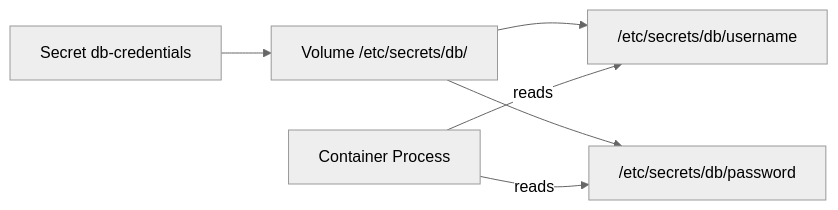
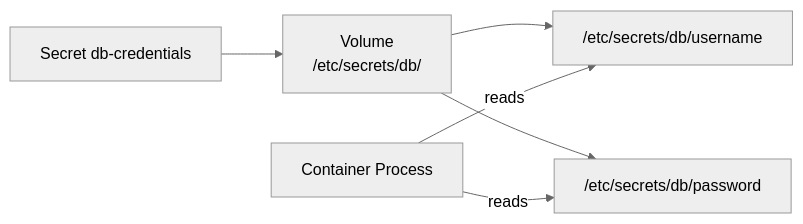
The third of 7 diagrams in 09_security/04_secrets_management.md (UncleJS/course_k3s), drawn with Mermaid (neutral theme) before and after one commit. The commit also changed other lines of this file and 45 other files, not shown here.

First line of the commit message:
Expand all course lessons: Mermaid diagrams + rich prose across 43 files

````diff
--- a/09_security/04_secrets_management.md
+++ b/09_security/04_secrets_management.md
@@ -229,8 +236,14 @@
 ```mermaid
 flowchart LR
-    S[Secret db-credentials] --> V[Volume /etc/secrets/db/]
-    V --> F1["/etc/secrets/db/username"]
-    V --> F2["/etc/secrets/db/password"]
-    APP[Container Process] -->|reads| F1
-    APP -->|reads| F2
+    S["Secret db-credentials"]
+    V["Volume<br/>/etc/secrets/db/"]
+    F1["/etc/secrets/db/username"]
+    F2["/etc/secrets/db/password"]
+    APP["Container Process"]
+
+    S --> V
+    V --> F1
+    V --> F2
+    APP -->|"reads"| F1
+    APP -->|"reads"| F2
 ```
````
